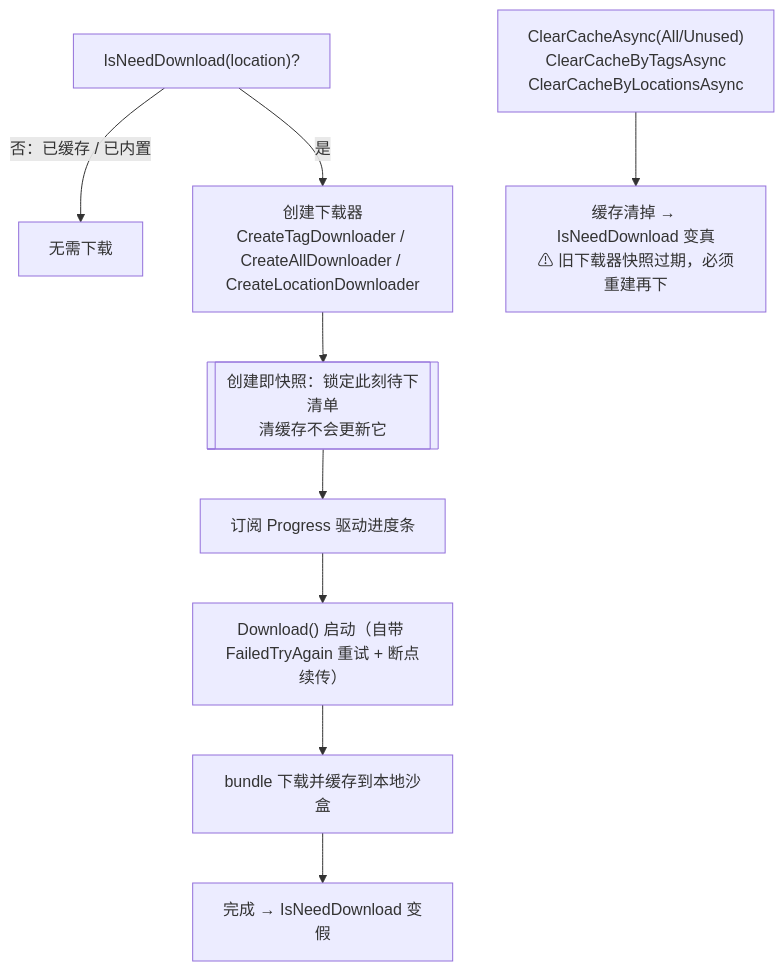
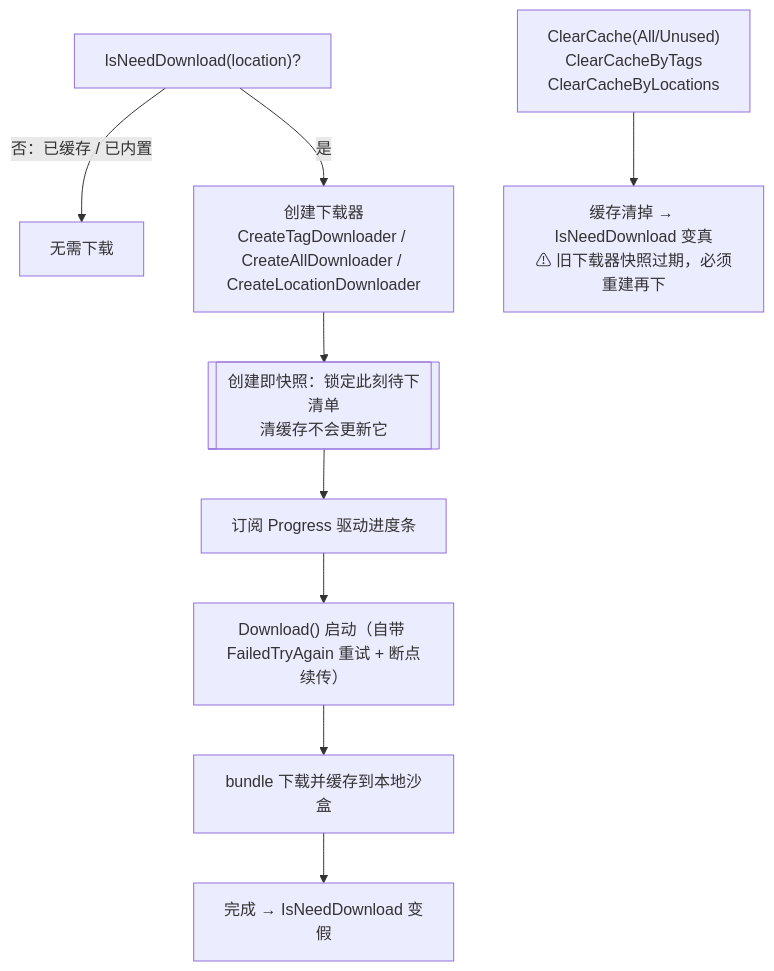
The fourth of 5 diagrams in docs/asset-system-flow.md (heroliss/SSFramework), drawn with Mermaid before and after one commit. The commit also changed 5 other files, not shown here.

First line of the commit message:
feat(framework)!: 资源公共异步 API 去 Async 后缀 + IAssetUtility.UnloadUnusedAssets 卸内存 bundle

````diff
--- a/docs/asset-system-flow.md
+++ b/docs/asset-system-flow.md
@@ -122,11 +122,11 @@
 ```mermaid
 flowchart TD
     Q["IsNeedDownload(location)?"] -->|否：已缓存 / 已内置| Skip["无需下载"]
     Q -->|是| C["创建下载器<br/>CreateTagDownloader / CreateAllDownloader / CreateLocationDownloader"]
     C --> S[["创建即快照：锁定此刻待下清单<br/>清缓存不会更新它"]]
     S --> P["订阅 Progress 驱动进度条"]
     P --> D["Download() 启动（自带 FailedTryAgain 重试 + 断点续传）"]
     D --> Cache["bundle 下载并缓存到本地沙盒"]
     Cache --> Done["完成 → IsNeedDownload 变假"]
-    Clr["ClearCacheAsync(All/Unused)<br/>ClearCacheByTagsAsync<br/>ClearCacheByLocationsAsync"] --> Inv["缓存清掉 → IsNeedDownload 变真<br/>⚠ 旧下载器快照过期，必须重建再下"]
+    Clr["ClearCache(All/Unused)<br/>ClearCacheByTags<br/>ClearCacheByLocations"] --> Inv["缓存清掉 → IsNeedDownload 变真<br/>⚠ 旧下载器快照过期，必须重建再下"]
 ```
````
